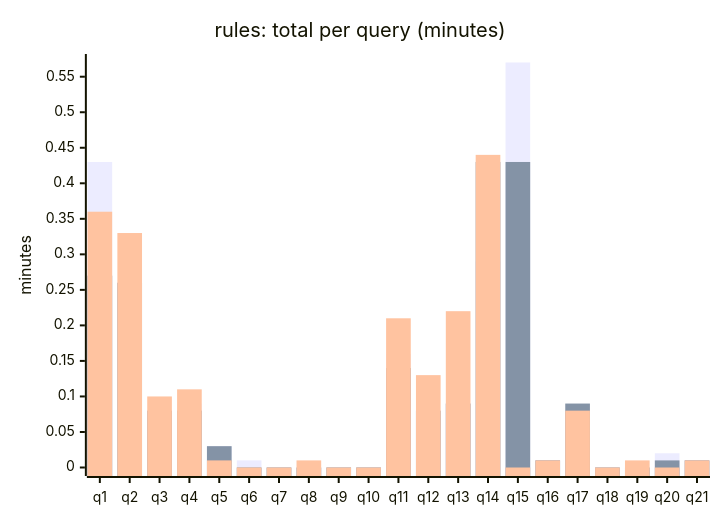
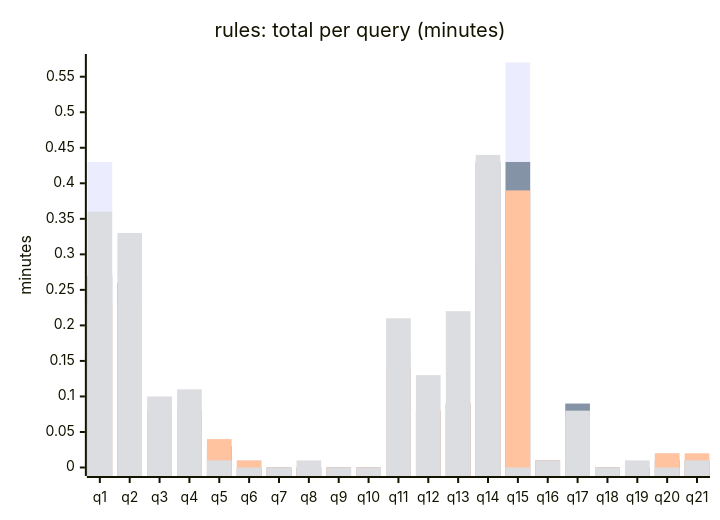
Before and after one commit to KleiKodesh/SeforimLibrarySearchEngine: diagram 11 of 11 in FTS-SPECS-AND-COMPARISONS.md, drawn with Mermaid. The commit also changed other lines of this file, not shown here.

````diff
--- a/FTS-SPECS-AND-COMPARISONS.md
+++ b/FTS-SPECS-AND-COMPARISONS.md
@@ -419,9 +496,10 @@
 ```mermaid
 xychart-beta
     title "rules: total per query (minutes)"
     x-axis ["q1", "q2", "q3", "q4", "q5", "q6", "q7", "q8", "q9", "q10", "q11", "q12", "q13", "q14", "q15", "q16", "q17", "q18", "q19", "q20", "q21"]
     y-axis "minutes"
     bar [0.43, 0.26, 0.07, 0.09, 0.03, 0.01, 0.00, 0.00, 0.00, 0.00, 0.16, 0.07, 0.09, 0.29, 0.57, 0.01, 0.08, 0.00, 0.00, 0.02, 0.01]
     bar [0.27, 0.26, 0.08, 0.08, 0.03, 0.00, 0.00, 0.00, 0.00, 0.00, 0.14, 0.08, 0.09, 0.43, 0.43, 0.01, 0.09, 0.00, 0.00, 0.01, 0.01]
+    bar [0.23, 0.23, 0.08, 0.08, 0.04, 0.01, 0.00, 0.00, 0.00, 0.00, 0.14, 0.08, 0.09, 0.29, 0.39, 0.01, 0.07, 0.00, 0.00, 0.02, 0.02]
     bar [0.36, 0.33, 0.10, 0.11, 0.01, 0.00, 0.00, 0.01, 0.00, 0.00, 0.21, 0.13, 0.22, 0.44, 0.00, 0.01, 0.08, 0.00, 0.01, 0.00, 0.01]
 ```
````
